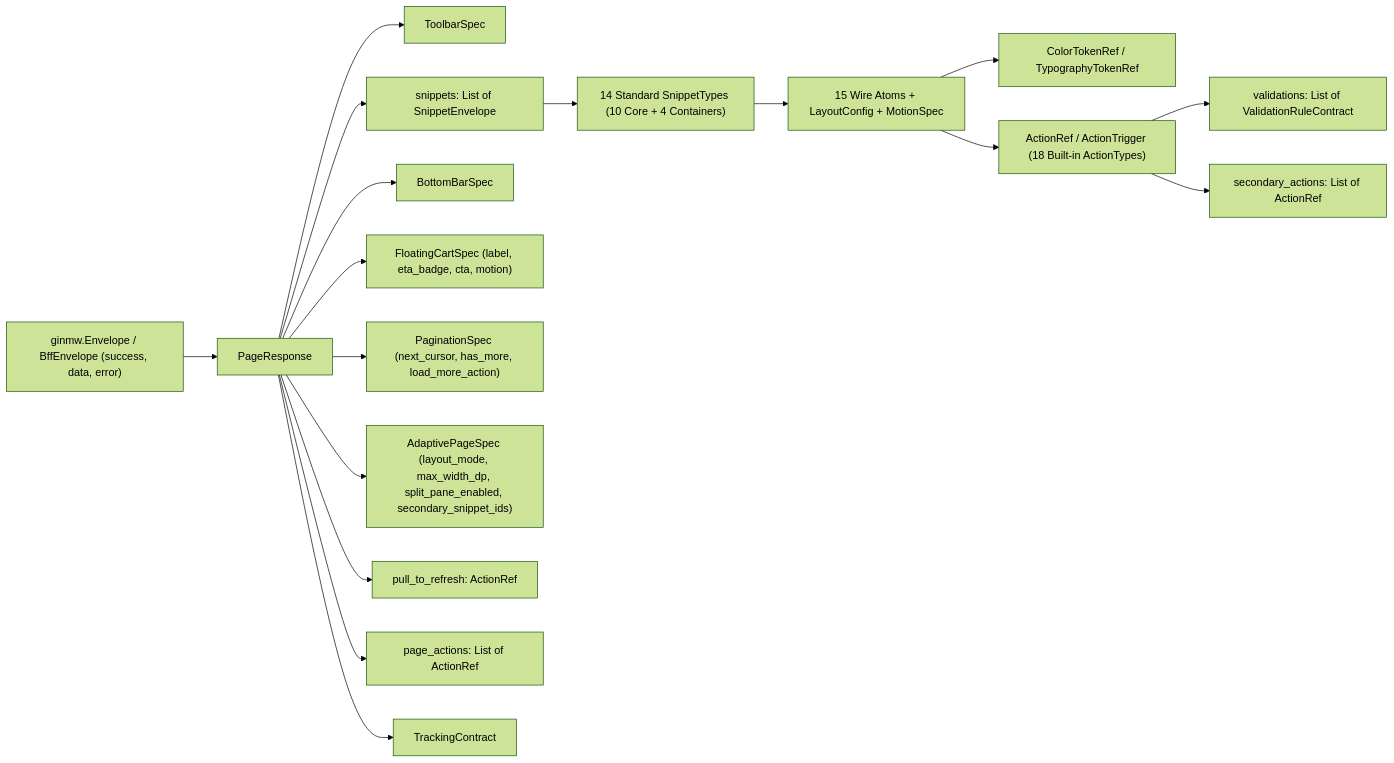
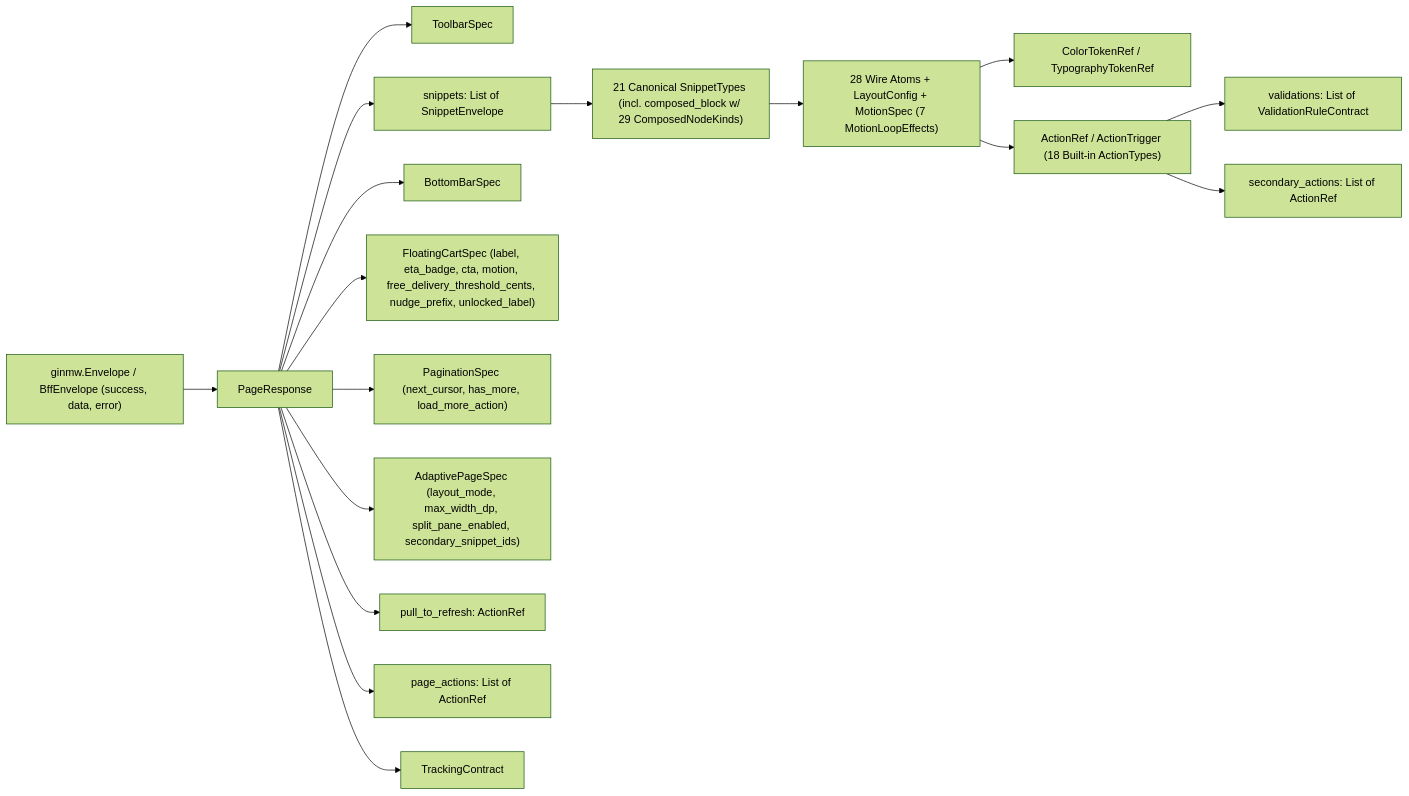
The diagram in docs/sdui-wire-protocol.md (Abeta-dev/kmp), drawn with Mermaid (forest theme) before and after one commit. The commit also changed other lines of this file and 47 other files, not shown here.

````diff
--- a/docs/sdui-wire-protocol.md
+++ b/docs/sdui-wire-protocol.md
@@ -11,19 +11,19 @@
 ```mermaid
 flowchart LR
     Env["ginmw.Envelope / BffEnvelope (success, data, error)"] --> Page["PageResponse"]
     Page --> Toolbar["ToolbarSpec"]
     Page --> Snippets["snippets: List of SnippetEnvelope"]
     Page --> BottomBar["BottomBarSpec"]
-    Page --> FloatingCart["FloatingCartSpec (label, eta_badge, cta, motion)"]
+    Page --> FloatingCart["FloatingCartSpec (label, eta_badge, cta, motion, free_delivery_threshold_cents, nudge_prefix, unlocked_label)"]
     Page --> Pagination["PaginationSpec (next_cursor, has_more, load_more_action)"]
     Page --> Adaptive["AdaptivePageSpec (layout_mode, max_width_dp, split_pane_enabled, secondary_snippet_ids)"]
     Page --> PullRefresh["pull_to_refresh: ActionRef"]
     Page --> PageActions["page_actions: List of ActionRef"]
     Page --> Tracking["TrackingContract"]
-    Snippets --> SnippetData["14 Standard SnippetTypes (10 Core + 4 Containers)"]
-    SnippetData --> Atoms["15 Wire Atoms + LayoutConfig + MotionSpec"]
+    Snippets --> SnippetData["21 Canonical SnippetTypes (incl. composed_block w/ 29 ComposedNodeKinds)"]
+    SnippetData --> Atoms["28 Wire Atoms + LayoutConfig + MotionSpec (7 MotionLoopEffects)"]
     Atoms --> Tokens["ColorTokenRef / TypographyTokenRef"]
     Atoms --> ActionRef["ActionRef / ActionTrigger (18 Built-in ActionTypes)"]
     ActionRef --> Validations["validations: List of ValidationRuleContract"]
     ActionRef --> Secondary["secondary_actions: List of ActionRef"]
 ```
````
